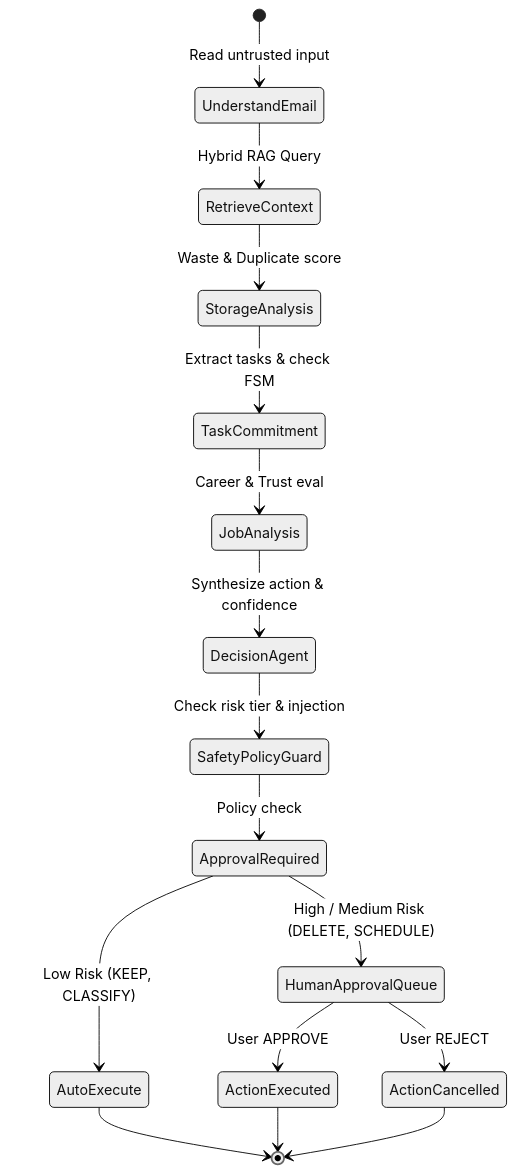
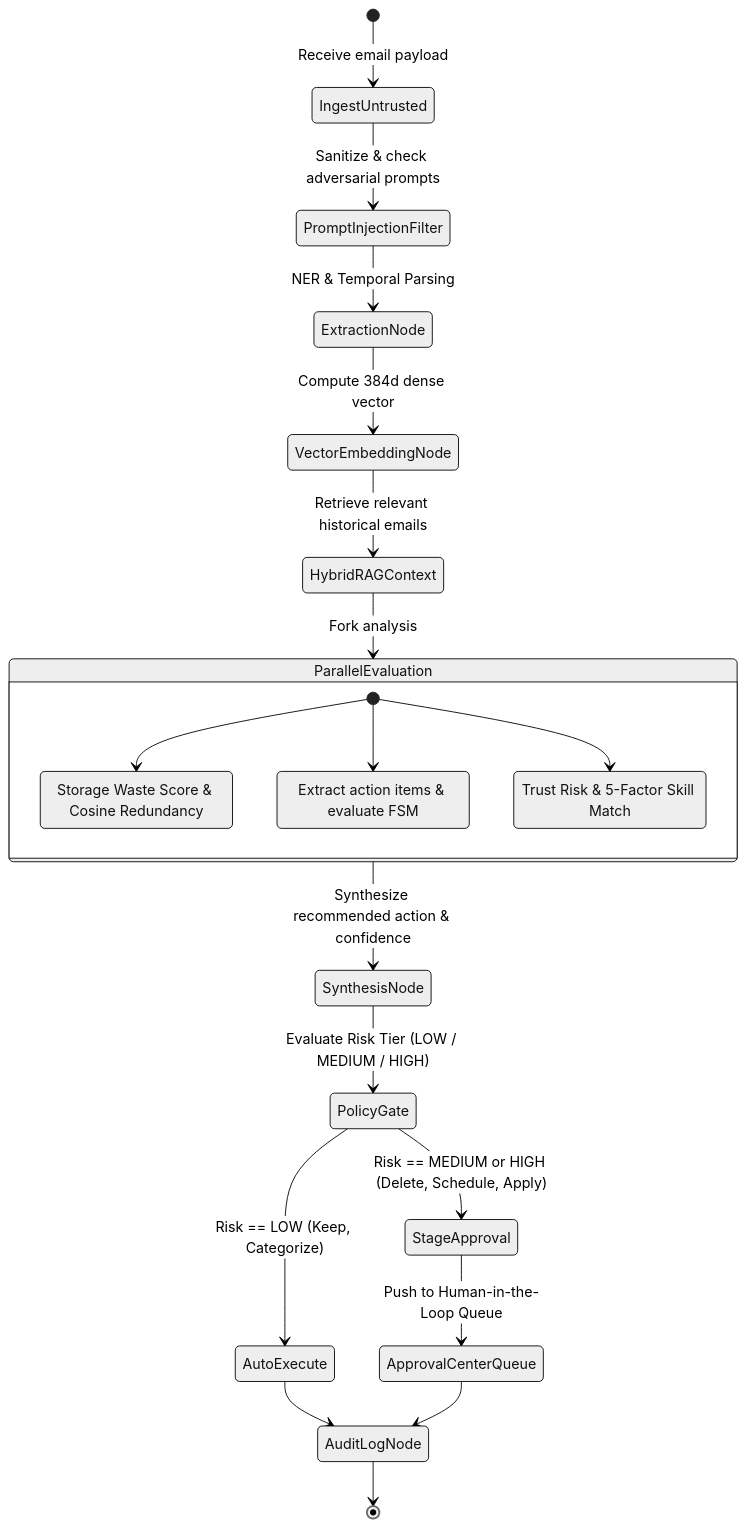
One commit to jay-2525/mailmind changed the third of 3 diagrams in docs/architecture.md. Above: the diagram before and after it, drawn with Mermaid (neutral theme). The commit also changed other lines of this file and 13 other files, not shown here.

Commit message:
docs: comprehensive portfolio documentation with verified Mermaid architecture workflows

````diff
--- a/docs/architecture.md
+++ b/docs/architecture.md
@@ -75,18 +134,31 @@
 ```mermaid
 stateDiagram-v2
-    [*] --> UnderstandEmail: Read untrusted input
-    UnderstandEmail --> RetrieveContext: Hybrid RAG Query
-    RetrieveContext --> StorageAnalysis: Waste & Duplicate score
-    StorageAnalysis --> TaskCommitment: Extract tasks & check FSM
-    TaskCommitment --> JobAnalysis: Career & Trust eval
-    JobAnalysis --> DecisionAgent: Synthesize action & confidence
-    DecisionAgent --> SafetyPolicyGuard: Check risk tier & injection
-    SafetyPolicyGuard --> ApprovalRequired: Policy check
-    ApprovalRequired --> HumanApprovalQueue: High / Medium Risk (DELETE, SCHEDULE)
-    ApprovalRequired --> AutoExecute: Low Risk (KEEP, CLASSIFY)
-    HumanApprovalQueue --> ActionExecuted: User APPROVE
-    HumanApprovalQueue --> ActionCancelled: User REJECT
-    AutoExecute --> [*]
-    ActionExecuted --> [*]
-    ActionCancelled --> [*]
+    [*] --> IngestUntrusted: Receive email payload
+    IngestUntrusted --> PromptInjectionFilter: Sanitize & check adversarial prompts
+    PromptInjectionFilter --> ExtractionNode: NER & Temporal Parsing
+    ExtractionNode --> VectorEmbeddingNode: Compute 384d dense vector
+    VectorEmbeddingNode --> HybridRAGContext: Retrieve relevant historical emails
+    HybridRAGContext --> ParallelEvaluation: Fork analysis
+
+    state ParallelEvaluation {
+        [*] --> StorageAnalysis
+        [*] --> TaskCommitmentEvaluation
+        [*] --> JobOpportunityAnalysis
+
+        StorageAnalysis: Storage Waste Score & Cosine Redundancy
+        TaskCommitmentEvaluation: Extract action items & evaluate FSM
+        JobOpportunityAnalysis: Trust Risk & 5-Factor Skill Match
+    }
+
+    ParallelEvaluation --> SynthesisNode: Synthesize recommended action & confidence
+    SynthesisNode --> PolicyGate: Evaluate Risk Tier (LOW / MEDIUM / HIGH)
+
+    state PolicyGate <<choice>>
+    PolicyGate --> AutoExecute: Risk == LOW (Keep, Categorize)
+    PolicyGate --> StageApproval: Risk == MEDIUM or HIGH (Delete, Schedule, Apply)
+
+    AutoExecute --> AuditLogNode
+    StageApproval --> ApprovalCenterQueue: Push to Human-in-the-Loop Queue
+    ApprovalCenterQueue --> AuditLogNode
+    AuditLogNode --> [*]
 ```
````
